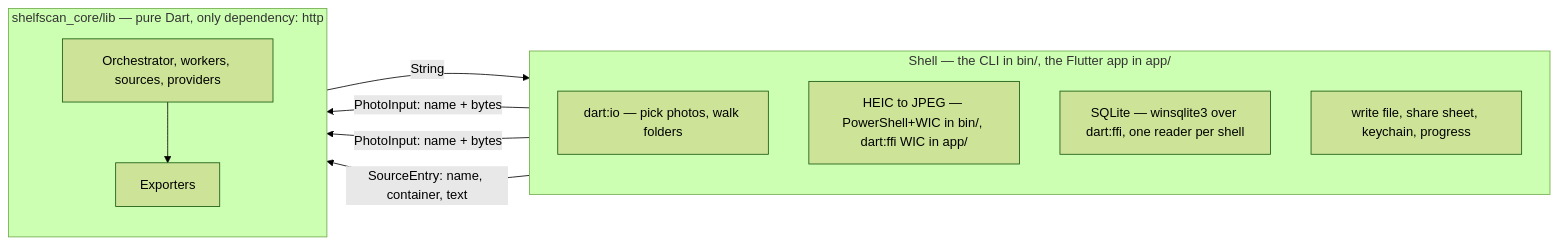
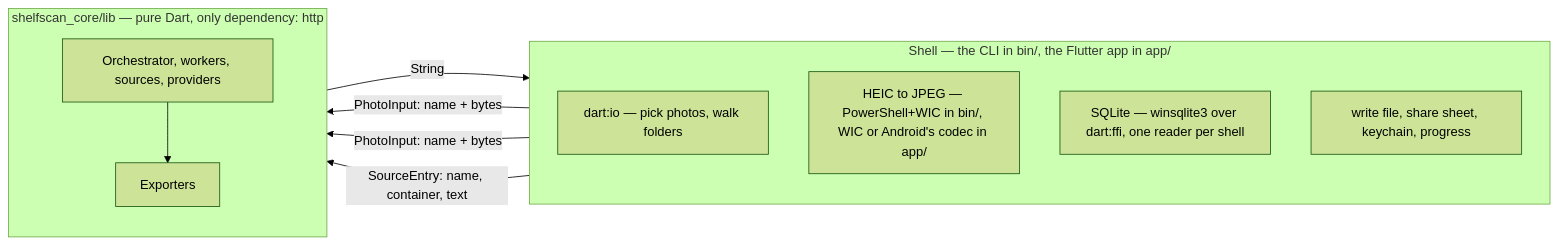
One commit to shinKatana0/shelfscan changed the second of 3 diagrams in ARCHITECTURE.md. Above: the diagram before and after it, drawn with Mermaid (forest theme). The commit also changed other lines of this file, not shown here.

````diff
--- a/ARCHITECTURE.md
+++ b/ARCHITECTURE.md
@@ -153,20 +160,20 @@
 ```mermaid
 flowchart LR
   subgraph shell["Shell — the CLI in bin/, the Flutter app in app/"]
     direction TB
     walk["dart:io — pick photos, walk folders"]
-    heic["HEIC to JPEG — PowerShell+WIC in bin/, dart:ffi WIC in app/"]
+    heic["HEIC to JPEG — PowerShell+WIC in bin/, WIC or Android's codec in app/"]
     sqlite["SQLite — winsqlite3 over dart:ffi, one reader per shell"]
     sink["write file, share sheet, keychain, progress"]
   end
   subgraph core["shelfscan_core/lib — pure Dart, only dependency: http"]
     direction TB
     pipeline["Orchestrator, workers, sources, providers"]
     exporters["Exporters"]
   end
   walk -->|"PhotoInput: name + bytes"| pipeline
   heic -->|"PhotoInput: name + bytes"| pipeline
   sqlite -->|"SourceEntry: name, container, text"| pipeline
   pipeline --> exporters
   exporters -->|"String"| sink
 ```
````
